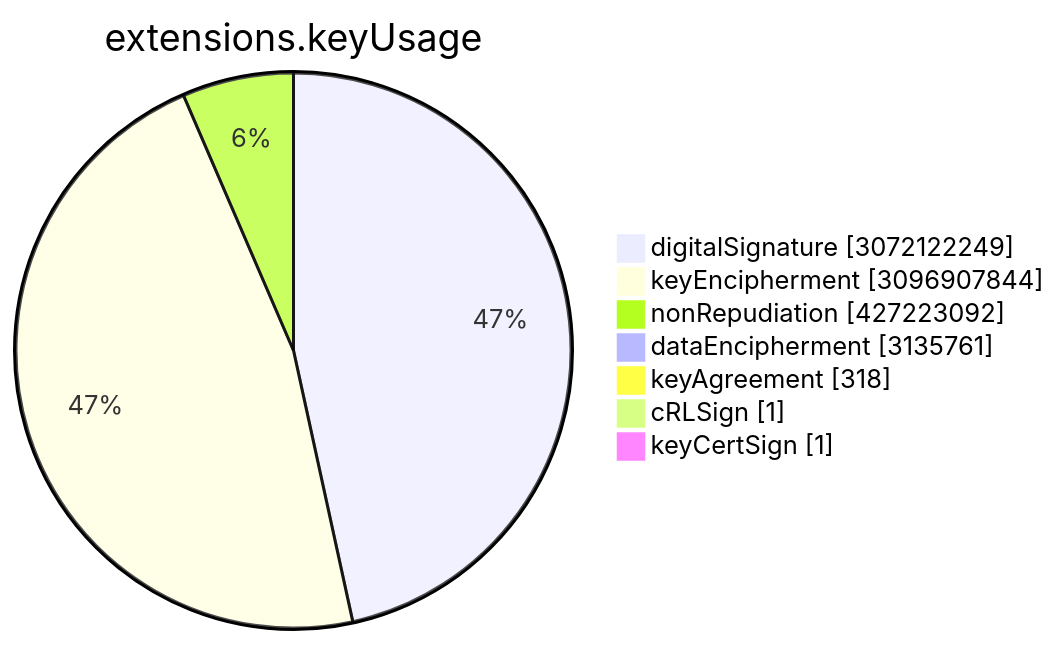
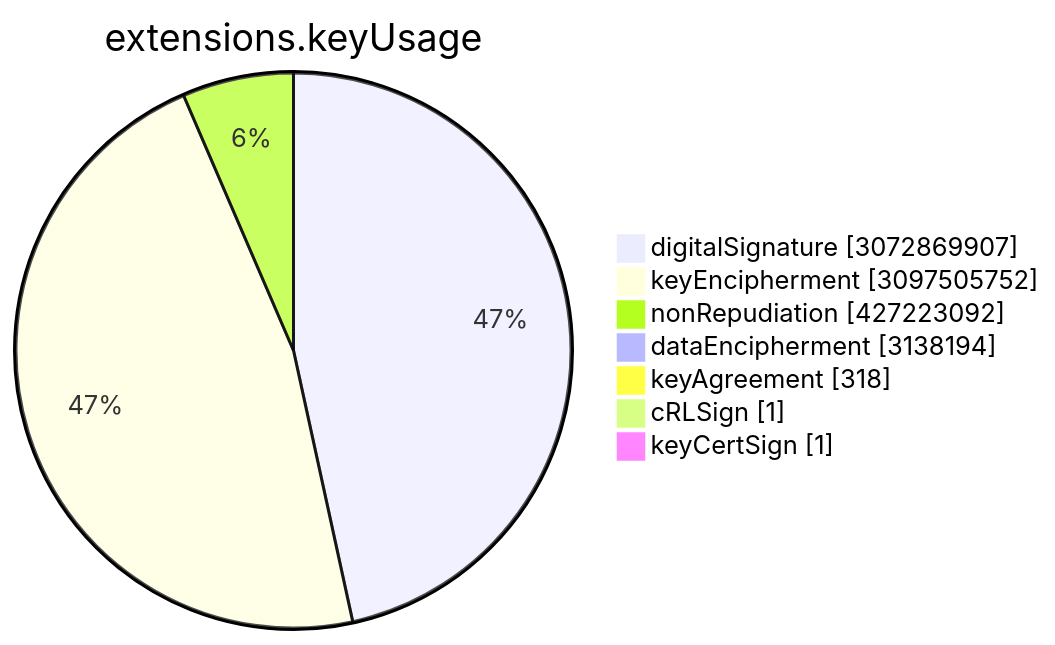
One commit to christiankrug/ctmonitor_visualization changed the sixth of 15 diagrams in TOTAL/README.md. Above: the diagram before and after it, drawn with Mermaid. The commit also changed other lines of this file, not shown here.

````diff
--- a/TOTAL/README.md
+++ b/TOTAL/README.md
@@ -3075,11 +3075,11 @@
 ```mermaid
 pie showData
 title extensions.keyUsage
-"digitalSignature" :3072122249
-"keyEncipherment" :3096907844
+"digitalSignature" :3072869907
+"keyEncipherment" :3097505752
 "nonRepudiation" :427223092
-"dataEncipherment" :3135761
+"dataEncipherment" :3138194
 "keyAgreement" :318
 "cRLSign" :1
 "keyCertSign" :1
 ```
````
